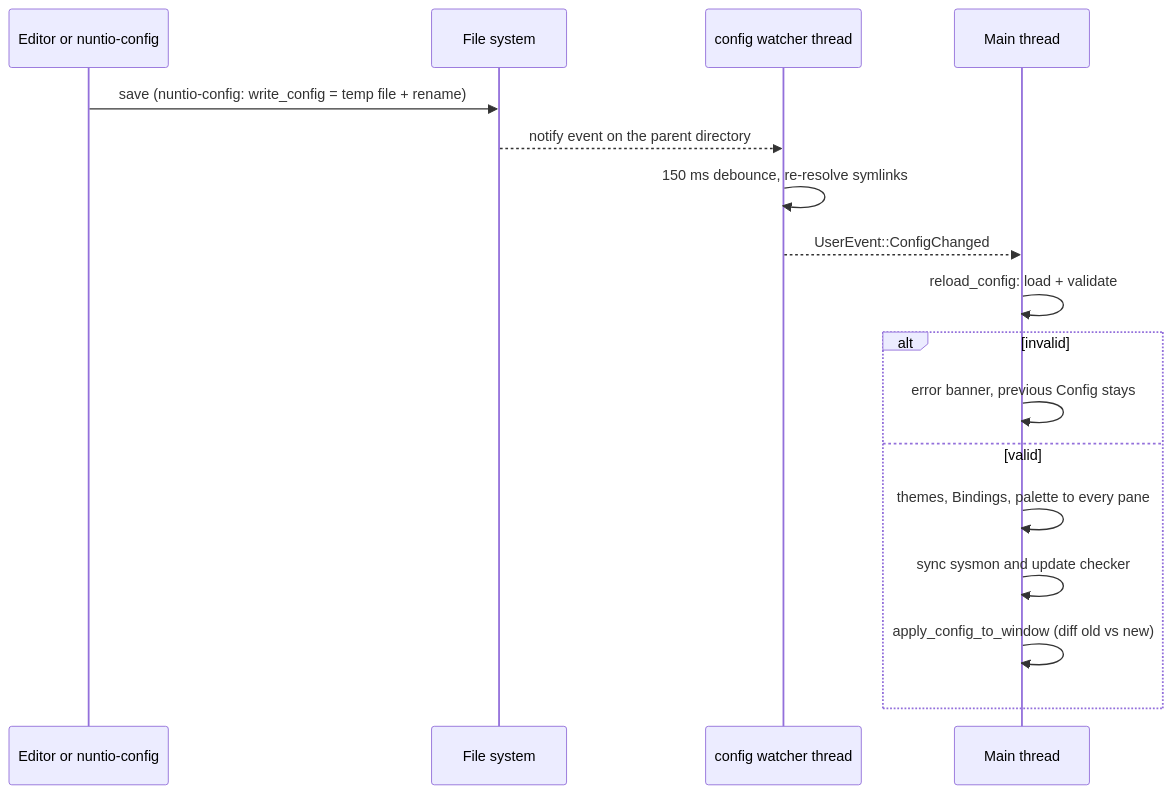
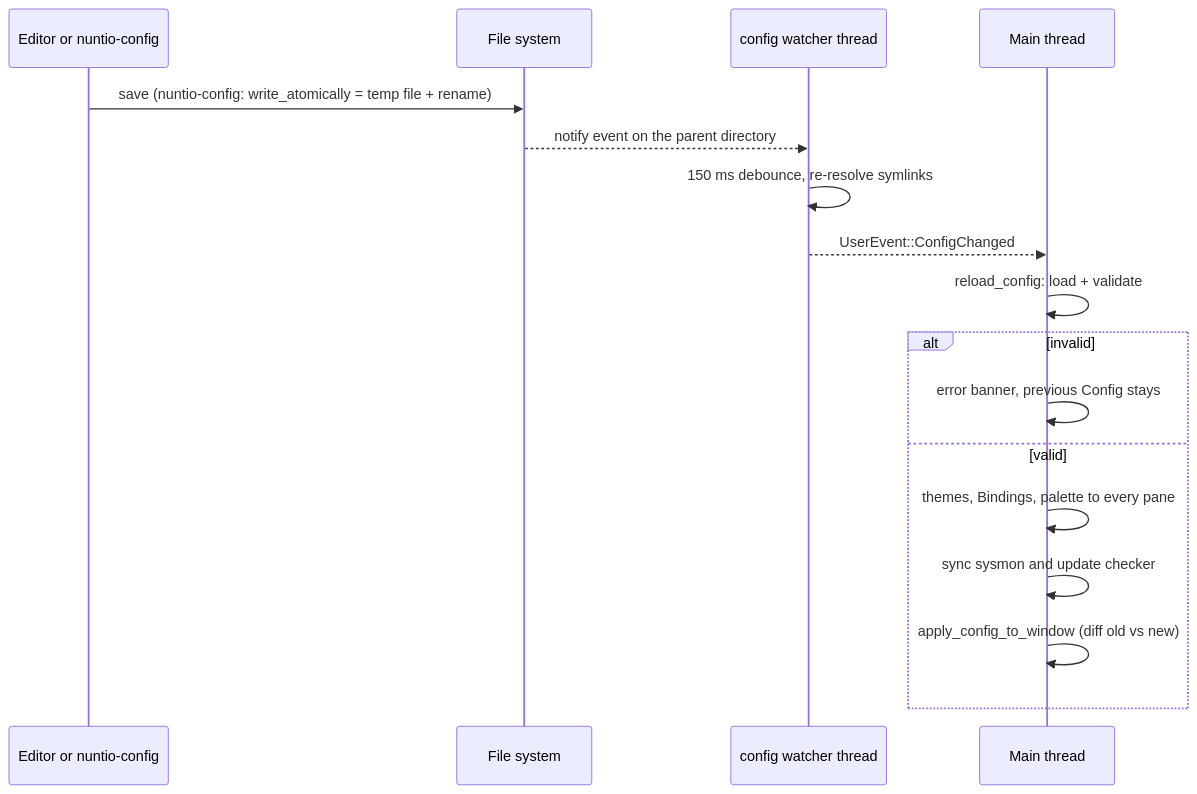
The fifth of 6 diagrams in ARCHITECTURE.md (cebor/nuntio), drawn with Mermaid before and after one commit. The commit also changed other lines of this file and 6 other files, not shown here.

First line of the commit message:
Save the update check state like the config: atomic and durable

````diff
--- a/ARCHITECTURE.md
+++ b/ARCHITECTURE.md
@@ -299,19 +299,19 @@
 ```mermaid
 sequenceDiagram
     participant E as Editor or nuntio-config
     participant FS as File system
     participant W as config watcher thread
     participant M as Main thread
-    E->>FS: save (nuntio-config: write_config = temp file + rename)
+    E->>FS: save (nuntio-config: write_atomically = temp file + rename)
     FS-->>W: notify event on the parent directory
     W->>W: 150 ms debounce, re-resolve symlinks
     W-->>M: UserEvent::ConfigChanged
     M->>M: reload_config: load + validate
     alt invalid
         M->>M: error banner, previous Config stays
     else valid
         M->>M: themes, Bindings, palette to every pane
         M->>M: sync sysmon and update checker
         M->>M: apply_config_to_window (diff old vs new)
     end
 ```
````
